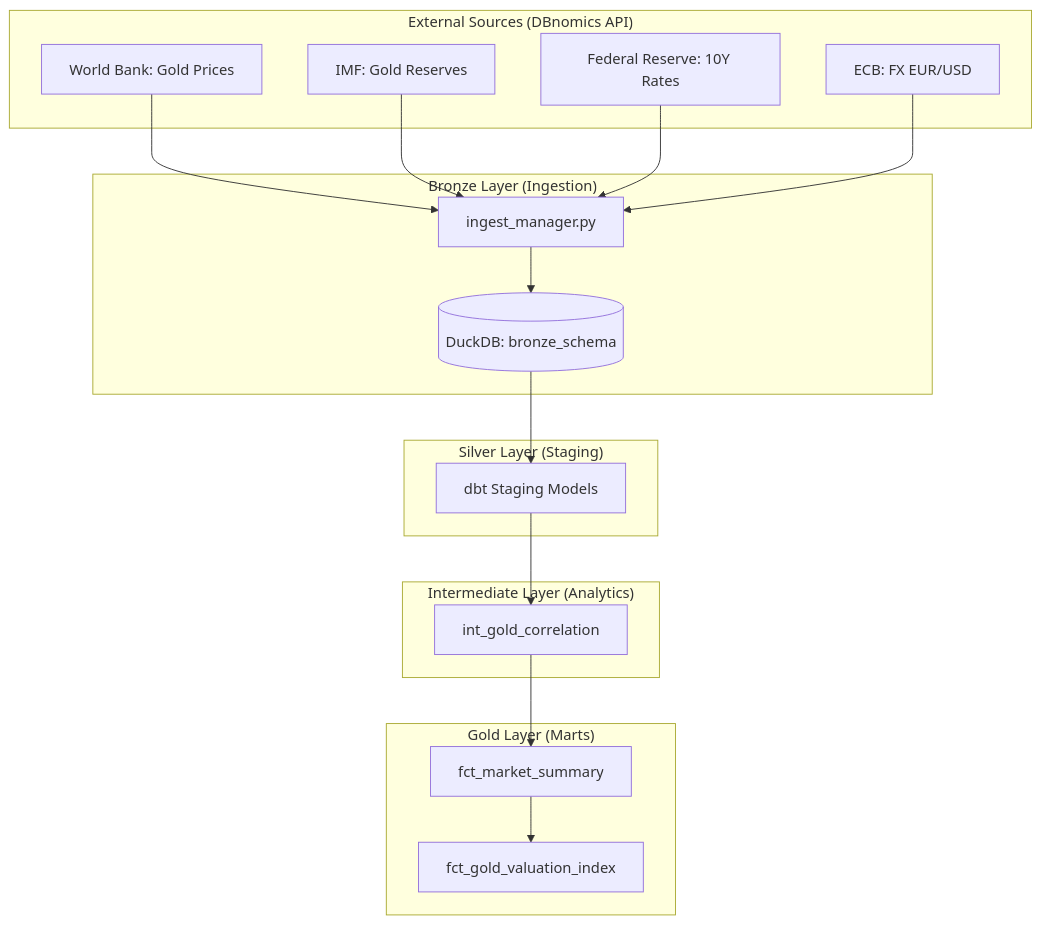
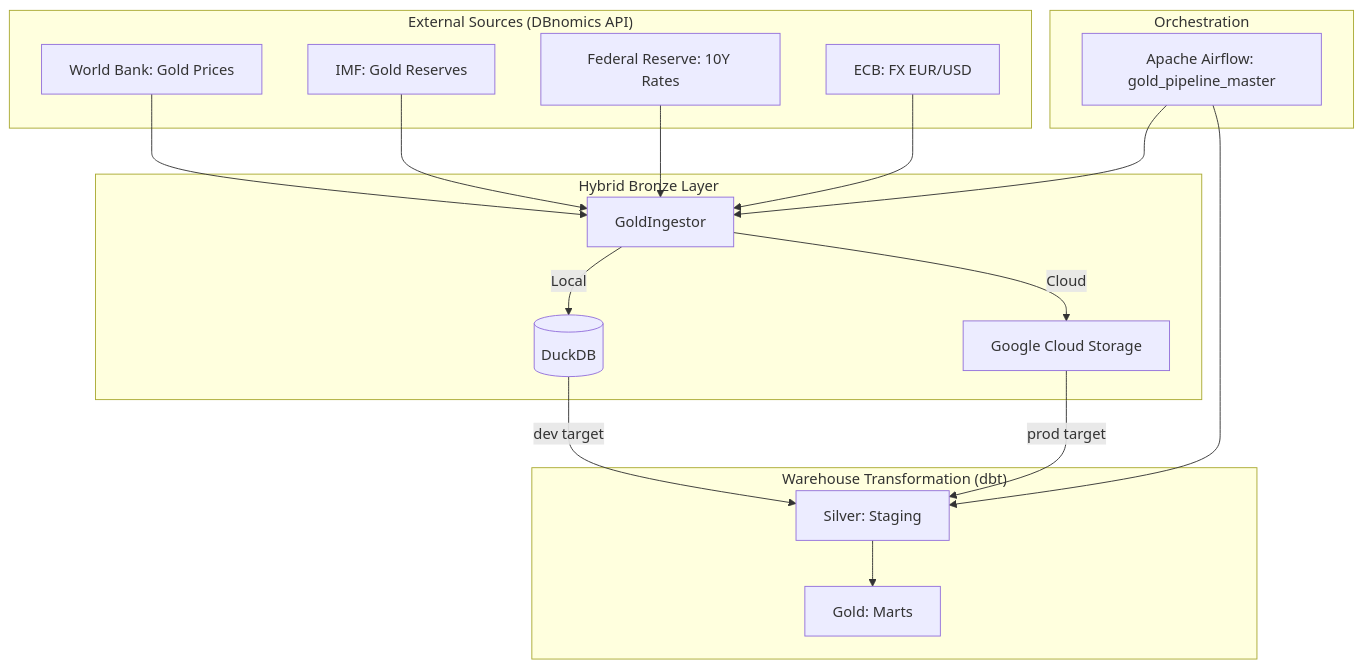
One commit to flo-kaiser/data_engineering_project changed the diagram in README.md. Above: the diagram before and after it, drawn with Mermaid. The commit also changed other lines of this file and 6 other files, not shown here.

Commit message:
feat: Implement Enterprise Specification - Gold Intelligence Framework (Hybrid-Cloud Edition)

````diff
--- a/README.md
+++ b/README.md
@@ -14,28 +14,28 @@
 ```mermaid
 graph TD
     subgraph "External Sources (DBnomics API)"
         WB[World Bank: Gold Prices]
         IMF[IMF: Gold Reserves]
         FED[Federal Reserve: 10Y Rates]
         ECB[ECB: FX EUR/USD]
     end
 
-    subgraph "Bronze Layer (Ingestion)"
-        IM[ingest_manager.py] --> DB[(DuckDB: bronze_schema)]
+    subgraph "Hybrid Bronze Layer"
+        IM[GoldIngestor] -- Local --> DB[(DuckDB)]
+        IM -- Cloud --> GCS[Google Cloud Storage]
     end
 
-    subgraph "Silver Layer (Staging)"
-        DB --> STG[dbt Staging Models]
+    subgraph "Warehouse Transformation (dbt)"
+        DB -- dev target --> STG[Silver: Staging]
+        GCS -- prod target --> STG
+        STG --> GOLD[Gold: Marts]
     end
 
-    subgraph "Intermediate Layer (Analytics)"
-        STG --> INT[int_gold_correlation]
-    end
-
-    subgraph "Gold Layer (Marts)"
-        INT --> MS[fct_market_summary]
-        MS --> VI[fct_gold_valuation_index]
+    subgraph "Orchestration"
+        AF[Apache Airflow: gold_pipeline_master]
     end
 
     WB & IMF & FED & ECB --> IM
+    AF --> IM
+    AF --> STG
 ```
````
